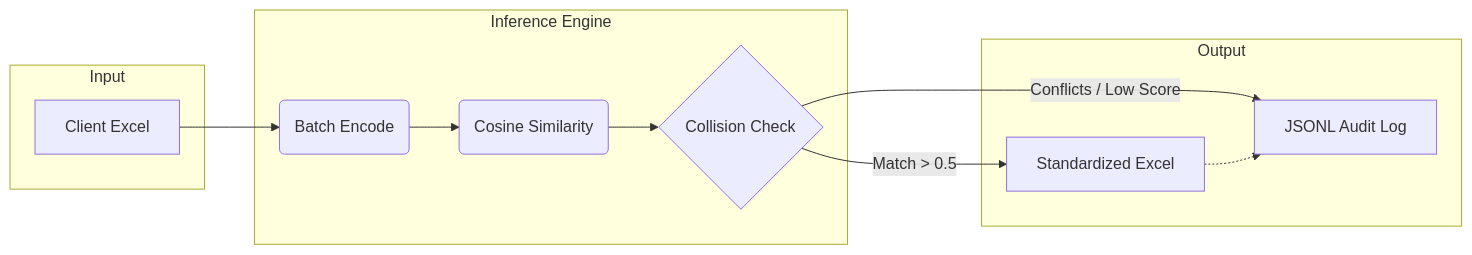
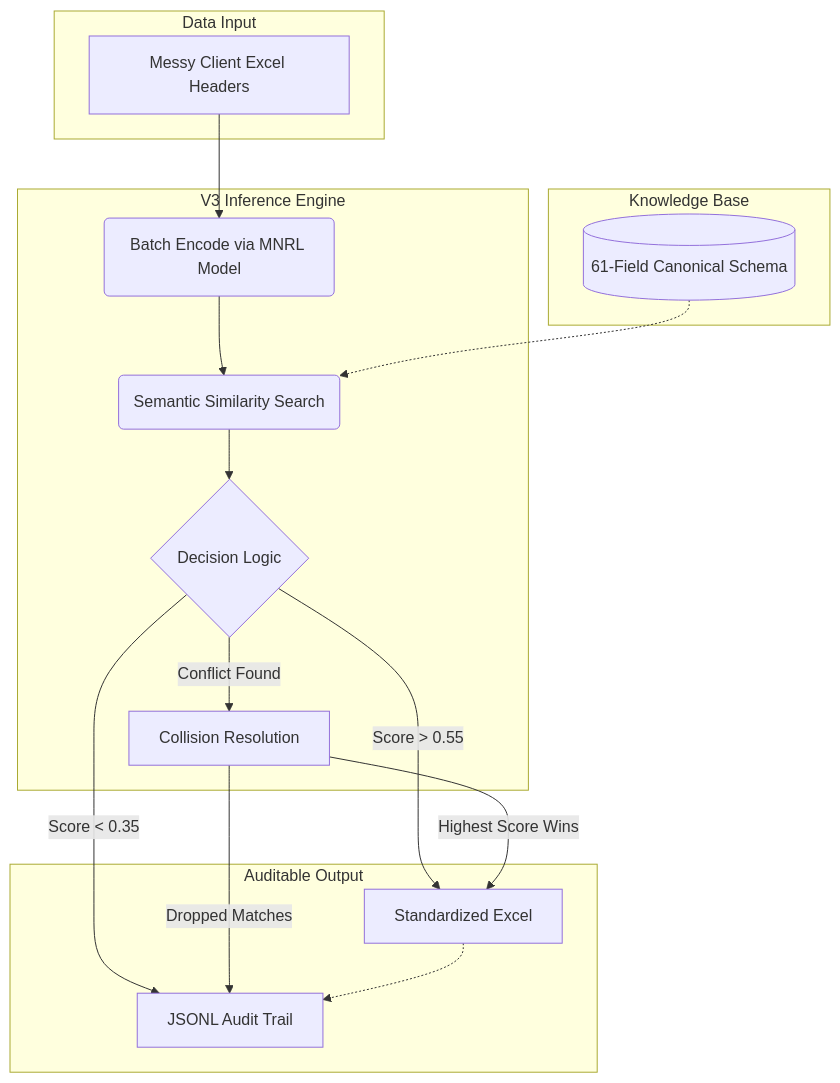
Before and after one commit to kshgrshrn/Semantic-GST-Schema-Standardization-Engine: the diagram in README.md, drawn with Mermaid. The commit also changed other lines of this file and 3 other files, not shown here.

Commit message:
docs: finalize V3 architecture docs and update sample data with MNRL outputs

````diff
--- a/README.md
+++ b/README.md
@@ -42,23 +42,34 @@
 ```mermaid
-flowchart LR
-    subgraph Input
-        A[Client Excel]
+flowchart TD
+    subgraph Data Input
+        A[Messy Client Excel Headers]
     end
 
-    subgraph Inference Engine
-        B(Batch Encode)
-        C(Cosine Similarity)
-        D{Collision Check}
-        B --> C --> D
+    subgraph Knowledge Base
+        S[(61-Field Canonical Schema)]
     end
 
-    subgraph Output
-        E[Standardized Excel]
-        F[JSONL Audit Log]
+    subgraph V3 Inference Engine
+        B(Batch Encode via MNRL Model)
+        C(Semantic Similarity Search)
+        D{Decision Logic}
+        E[Collision Resolution]
+        
+        B --> C
+        S -.-> C
+        C --> D
+        D -- "Conflict Found" --> E
+    end
+
+    subgraph Auditable Output
+        F[Standardized Excel]
+        G[JSONL Audit Trail]
     end
 
     A --> B
-    D -- "Match > 0.5" --> E
-    D -- "Conflicts / Low Score" --> F
-    E -.-> F
+    D -- "Score > 0.55" --> F
+    D -- "Score < 0.35" --> G
+    E -- "Highest Score Wins" --> F
+    E -- "Dropped Matches" --> G
+    F -.-> G
 ```
````
